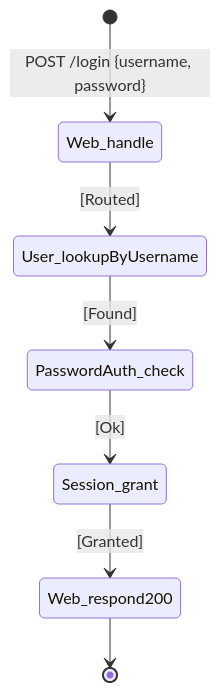
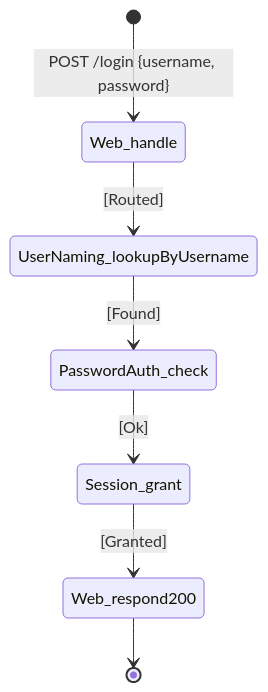
One commit to abratto/clad changed the diagram in features/UC-00-login/stages/01b_chain-table/output/successful-login-chain.md. Above: the diagram before and after it, drawn with Mermaid. The commit also changed other lines of this file and 81 other files, not shown here.

First line of the commit message:
refactor: rename User concept to UserNaming; strengthen concept-naming guidance

````diff
--- a/features/UC-00-login/stages/01b_chain-table/output/successful-login-chain.md
+++ b/features/UC-00-login/stages/01b_chain-table/output/successful-login-chain.md
@@ -20,9 +20,9 @@
 ```mermaid
 stateDiagram-v2
     [*] --> Web_handle : POST /login {username, password}
-    Web_handle --> User_lookupByUsername : [Routed]
-    User_lookupByUsername --> PasswordAuth_check : [Found]
+    Web_handle --> UserNaming_lookupByUsername : [Routed]
+    UserNaming_lookupByUsername --> PasswordAuth_check : [Found]
     PasswordAuth_check --> Session_grant : [Ok]
     Session_grant --> Web_respond200 : [Granted]
     Web_respond200 --> [*]
 ```
````
